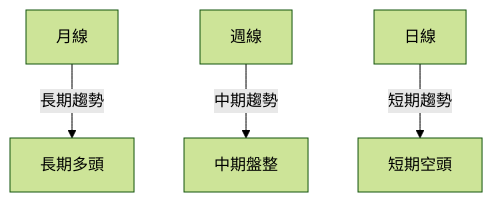
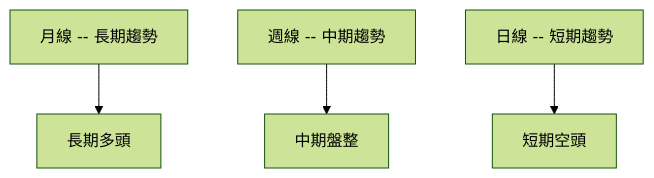
Before and after one commit to yennanliu/finance_data: the second of 8 diagrams in ai_gen_report/stock/rklb/technical_analysis_2026-04-05_openai.md, drawn with Mermaid (forest theme). The commit also changed other lines of this file and 2258 other files, not shown here.

First line of the commit message:
chore: backfill Mermaid syntax repair across existing reports

````diff
--- a/ai_gen_report/stock/rklb/technical_analysis_2026-04-05_openai.md
+++ b/ai_gen_report/stock/rklb/technical_analysis_2026-04-05_openai.md
@@ -91,6 +91,6 @@
 ```mermaid
 graph TD
-    月線 -- 長期趨勢 --> 長期多頭
-    週線 -- 中期趨勢 --> 中期盤整
-    日線 -- 短期趨勢 --> 短期空頭
+    nb1["月線 -- 長期趨勢"] --> 長期多頭
+    nb2["週線 -- 中期趨勢"] --> 中期盤整
+    nb3["日線 -- 短期趨勢"] --> 短期空頭
 ```
````
